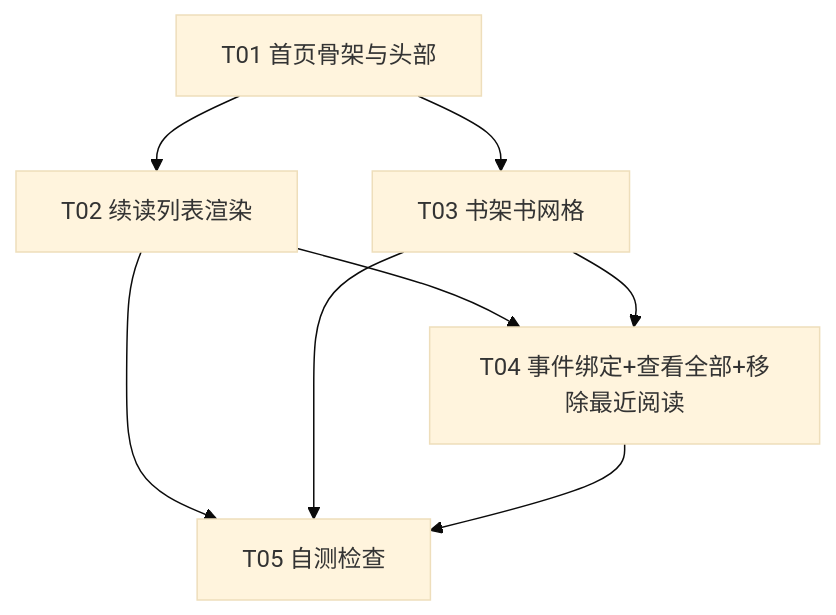
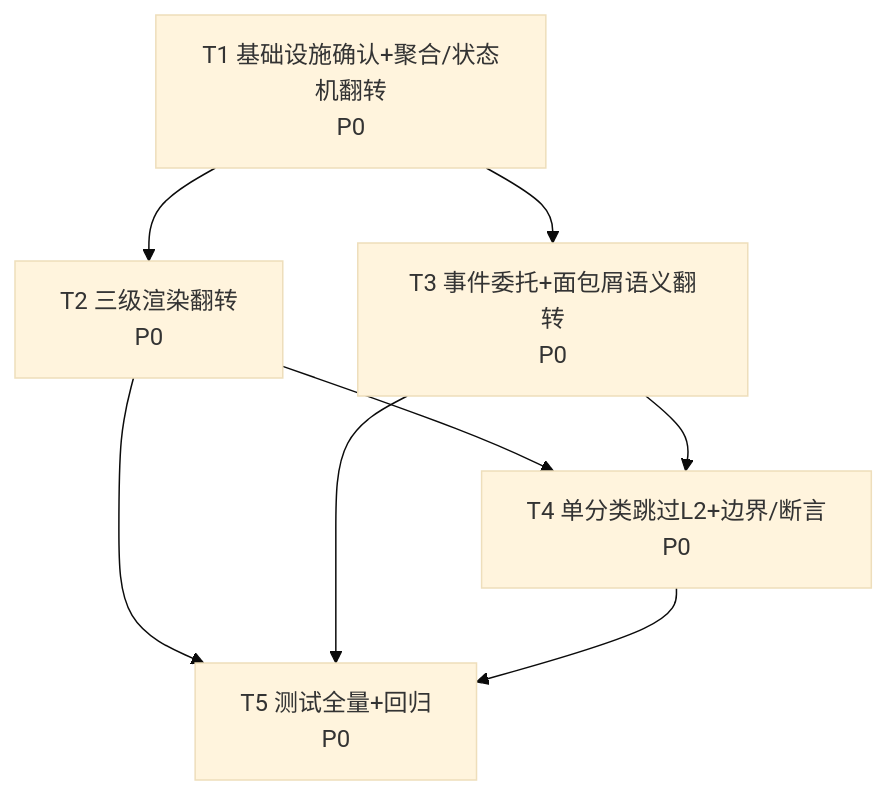
Before and after one commit to zhao-zg/books: the third of 3 diagrams in docs/system_design.md, drawn with Mermaid (base theme). The commit also changed other lines of this file and 42 other files, not shown here.

````diff
--- a/docs/system_design.md
+++ b/docs/system_design.md
@@ -152,15 +315,16 @@
 ```mermaid
 graph TD
-  T01[T01 首页骨架与头部]
-  T02[T02 续读列表渲染]
-  T03[T03 书架书网格]
-  T04[T04 事件绑定+查看全部+移除最近阅读]
-  T05[T05 自测检查]
-  T01 --> T02
-  T01 --> T03
-  T02 --> T04
-  T03 --> T04
-  T02 --> T05
-  T03 --> T05
-  T04 --> T05
+    T1[T1 基础设施确认+聚合/状态机翻转<br/>P0]
+    T2[T2 三级渲染翻转<br/>P0]
+    T3[T3 事件委托+面包屑语义翻转<br/>P0]
+    T4[T4 单分类跳过L2+边界/断言<br/>P0]
+    T5[T5 测试全量+回归<br/>P0]
+
+    T1 --> T2
+    T1 --> T3
+    T2 --> T4
+    T3 --> T4
+    T2 --> T5
+    T3 --> T5
+    T4 --> T5
 ```
````
